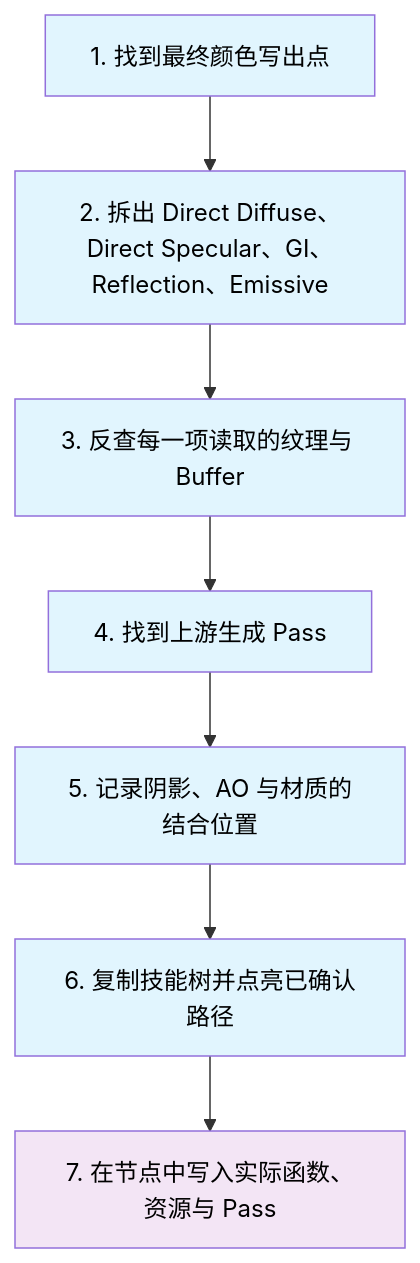
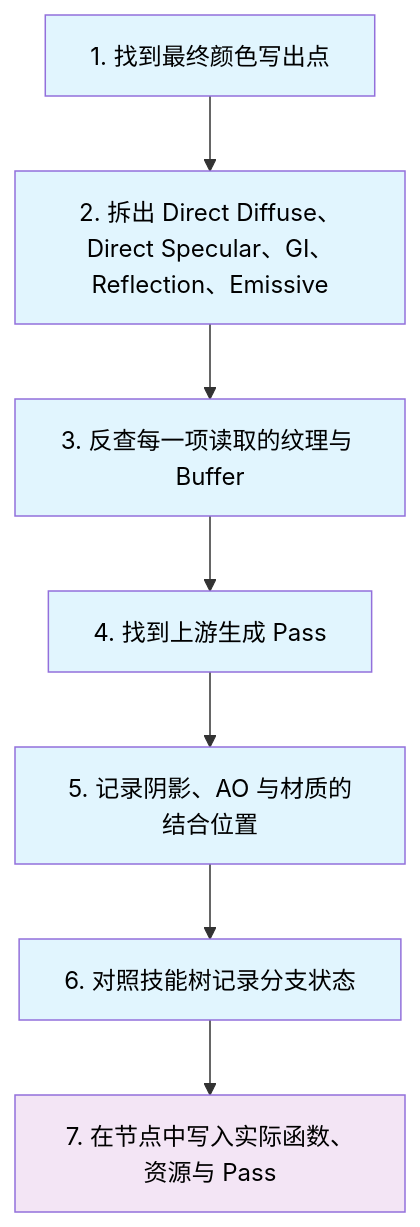
Before and after one commit to mr0ptimist/mr0ptimist.github.io: the tenth of 10 diagrams in content/posts/游戏光照统一框架：从光传输方程到实时实现/index.md, drawn with Mermaid. The commit also changed other lines of this file and 2 other files, not shown here.

````diff
--- a/content/posts/游戏光照统一框架：从光传输方程到实时实现/index.md
+++ b/content/posts/游戏光照统一框架：从光传输方程到实时实现/index.md
@@ -760,13 +794,13 @@
 ```mermaid
 flowchart TD
     A["1. 找到最终颜色写出点"] --> B["2. 拆出 Direct Diffuse、Direct Specular、GI、Reflection、Emissive"]
     B --> C["3. 反查每一项读取的纹理与 Buffer"]
     C --> D["4. 找到上游生成 Pass"]
     D --> E["5. 记录阴影、AO 与材质的结合位置"]
-    E --> F["6. 复制技能树并点亮已确认路径"]
+    E --> F["6. 对照技能树记录分支状态"]
     F --> G["7. 在节点中写入实际函数、资源与 Pass"]
     classDef proc fill:#e1f5fe,color:#000
     classDef result fill:#f3e5f5,color:#000
     class A,B,C,D,E,F proc
     class G result
 ```
````
